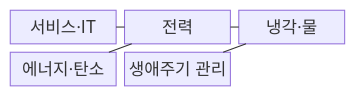
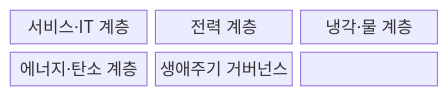
Before and after one commit to agnusdei1207/knowledge-base: the first of 2 diagrams in src/content/docs/notes/08-latest-tech/197_green_data_center.md, drawn with Mermaid. The commit also changed other lines of this file and 228 other files, not shown here.

````diff
--- a/src/content/docs/notes/08-latest-tech/197_green_data_center.md
+++ b/src/content/docs/notes/08-latest-tech/197_green_data_center.md
@@ -50,13 +49,11 @@
 ```mermaid
 block-beta
   columns 3
-  A["서비스·IT"]
-  B["전력"]
-  C["냉각·물"]
-  D["에너지·탄소"]
-  E["생애주기 관리"]
-  A --- B
-  B --- C
-  D --- B
-  C --- E
+  N0["서비스·IT 계층"]
+  N1["전력 계층"]
+  N2["냉각·물 계층"]
+  N3["에너지·탄소 계층"]
+  N4["생애주기 거버넌스"]
+  N0 --- N1 --- N2
+  N2 --- N3 --- N4
 ```
````
